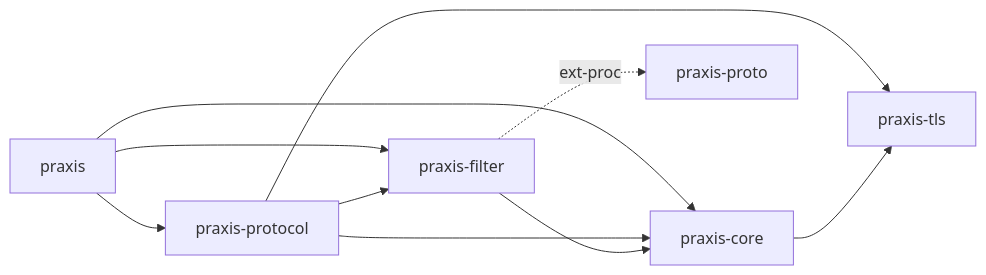
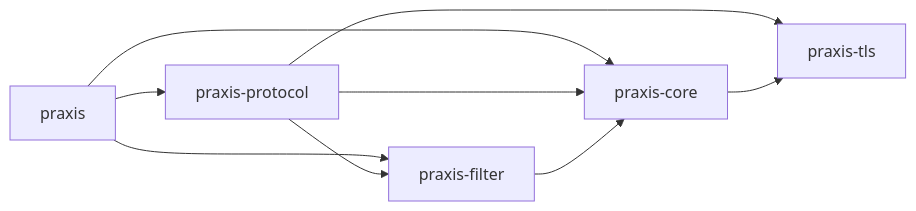
Before and after one commit to praxis-proxy/praxis-proxy.github.io: the sixth of 7 diagrams in docs/architecture/system-design.md, drawn with Mermaid. The commit also changed other lines of this file, not shown here.

Commit message:
docs(architecture): correct system-design to match the actual code

````diff
--- a/docs/architecture/system-design.md
+++ b/docs/architecture/system-design.md
@@ -512,12 +503,11 @@
 ```mermaid
 graph LR
     praxis --> praxis-protocol
     praxis --> praxis-filter
     praxis --> praxis-core
     praxis-protocol --> praxis-filter
     praxis-protocol --> praxis-core
     praxis-protocol --> praxis-tls
     praxis-filter --> praxis-core
-    praxis-filter -.->|ext-proc| praxis-proto
     praxis-core --> praxis-tls
 ```
````
